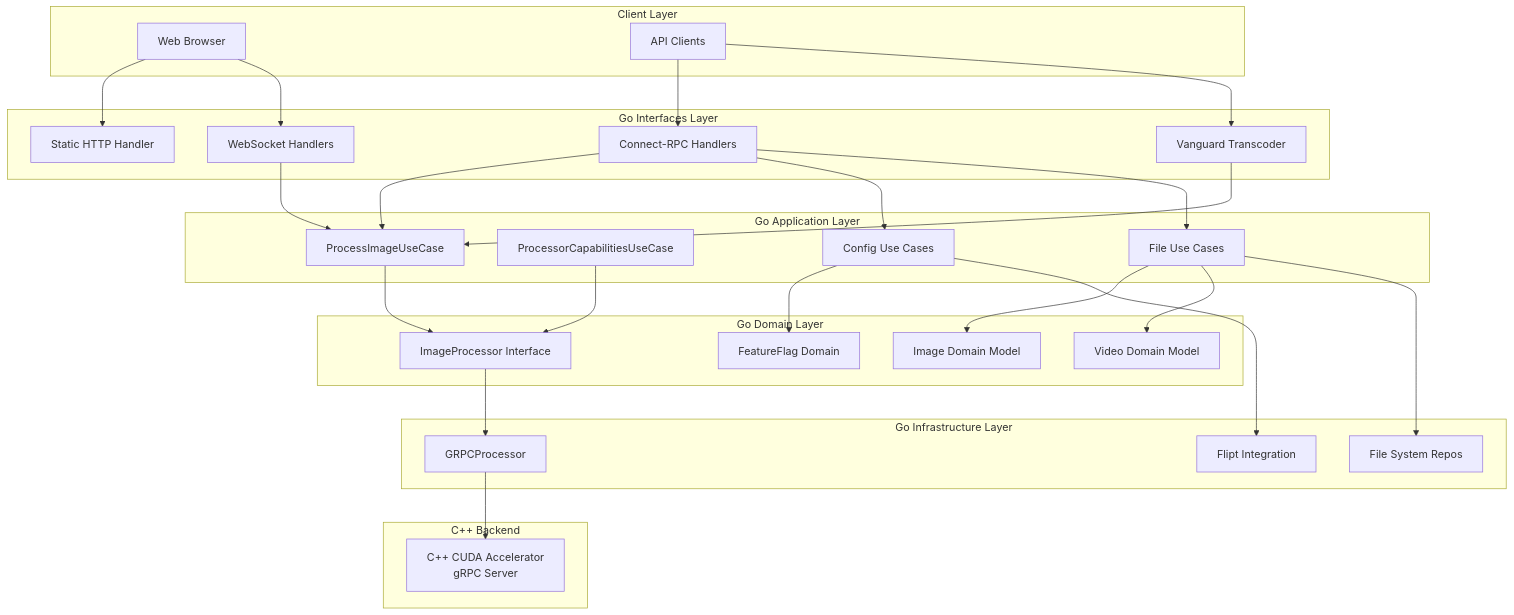
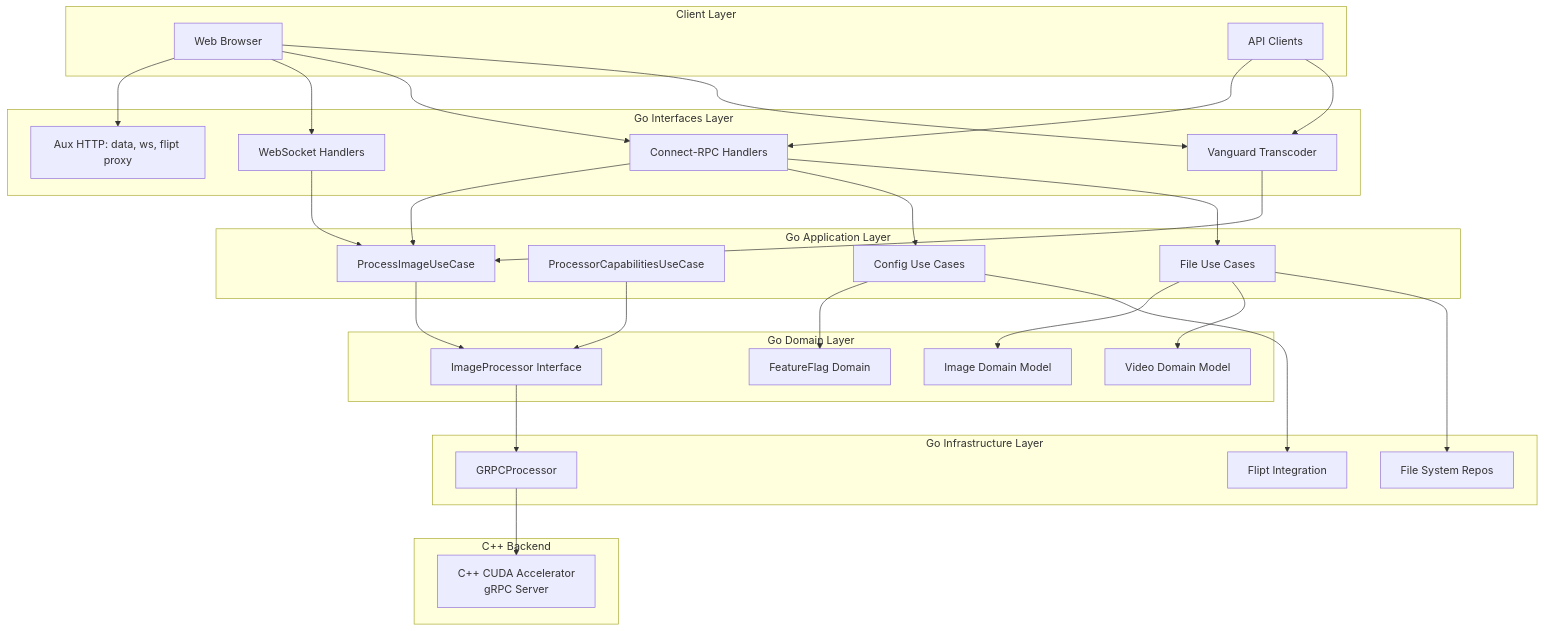
The first of 11 diagrams in webserver/README.md (josnelihurt/learning-cuda), drawn with Mermaid before and after one commit. The commit also changed other lines of this file and 214 other files, not shown here.

````diff
--- a/webserver/README.md
+++ b/webserver/README.md
@@ -77,61 +77,63 @@
 ```mermaid
 graph TB
     subgraph "Client Layer"
         Browser[Web Browser]
         API[API Clients]
     end
     
     subgraph "Go Interfaces Layer"
         ConnectRPC[Connect-RPC Handlers]
         WebSocket[WebSocket Handlers]
-        StaticHTTP[Static HTTP Handler]
+        AuxHTTP[Aux HTTP: data, ws, flipt proxy]
         Vanguard[Vanguard Transcoder]
     end
     
     subgraph "Go Application Layer"
         ProcessImageUC[ProcessImageUseCase]
         CapabilitiesUC[ProcessorCapabilitiesUseCase]
         ConfigUC[Config Use Cases]
         FileUC[File Use Cases]
     end
     
     subgraph "Go Domain Layer"
         ImageProcessor[ImageProcessor Interface]
         Image[Image Domain Model]
         Video[Video Domain Model]
         FeatureFlag[FeatureFlag Domain]
     end
     
     subgraph "Go Infrastructure Layer"
         GRPCProcessor[GRPCProcessor]
         FeatureFlags[Flipt Integration]
         FileSystem[File System Repos]
     end
     
     subgraph "C++ Backend"
         CppBackend[C++ CUDA Accelerator<br/>gRPC Server]
     end
     
-    Browser --> StaticHTTP
+    Browser --> AuxHTTP
     Browser --> WebSocket
+    Browser --> ConnectRPC
+    Browser --> Vanguard
     API --> ConnectRPC
     API --> Vanguard
     
     ConnectRPC --> ProcessImageUC
     ConnectRPC --> ConfigUC
     ConnectRPC --> FileUC
     WebSocket --> ProcessImageUC
     Vanguard --> ProcessImageUC
     
     ProcessImageUC --> ImageProcessor
     CapabilitiesUC --> ImageProcessor
     ConfigUC --> FeatureFlag
     FileUC --> Image
     FileUC --> Video
     
     ImageProcessor --> GRPCProcessor
     GRPCProcessor --> CppBackend
     
     ConfigUC --> FeatureFlags
     FileUC --> FileSystem
 ```
````
